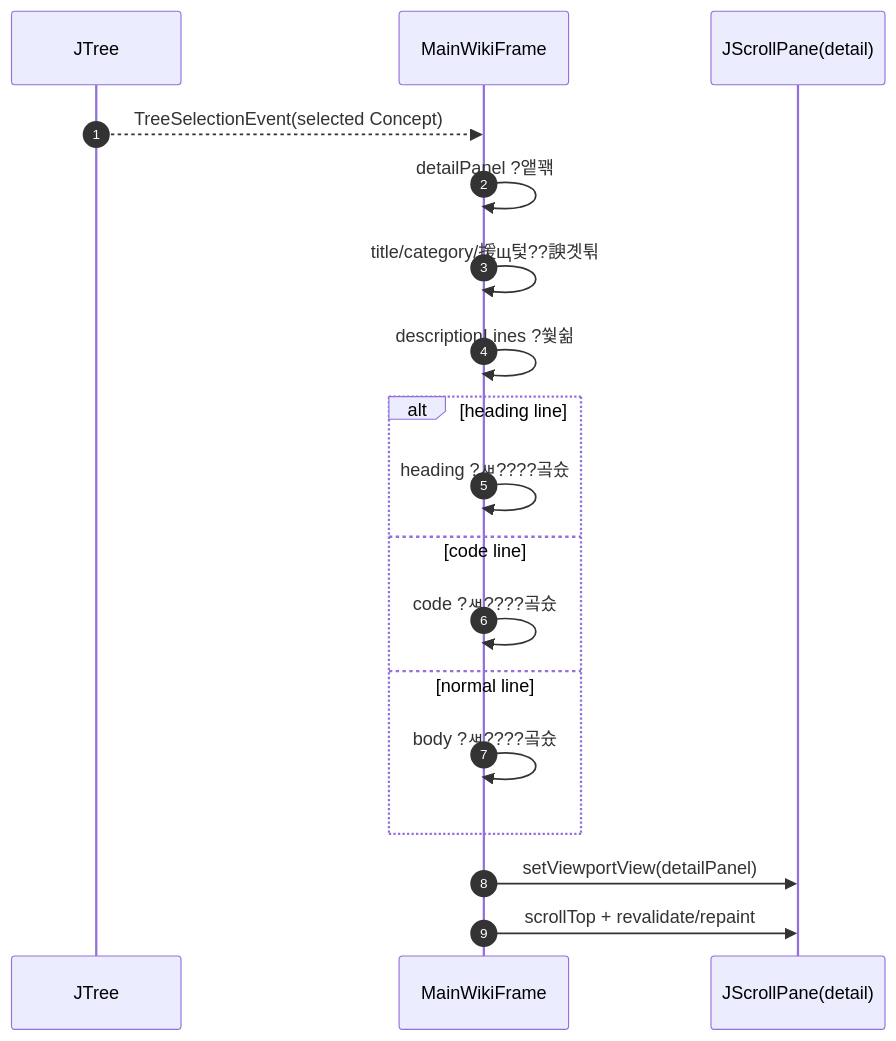
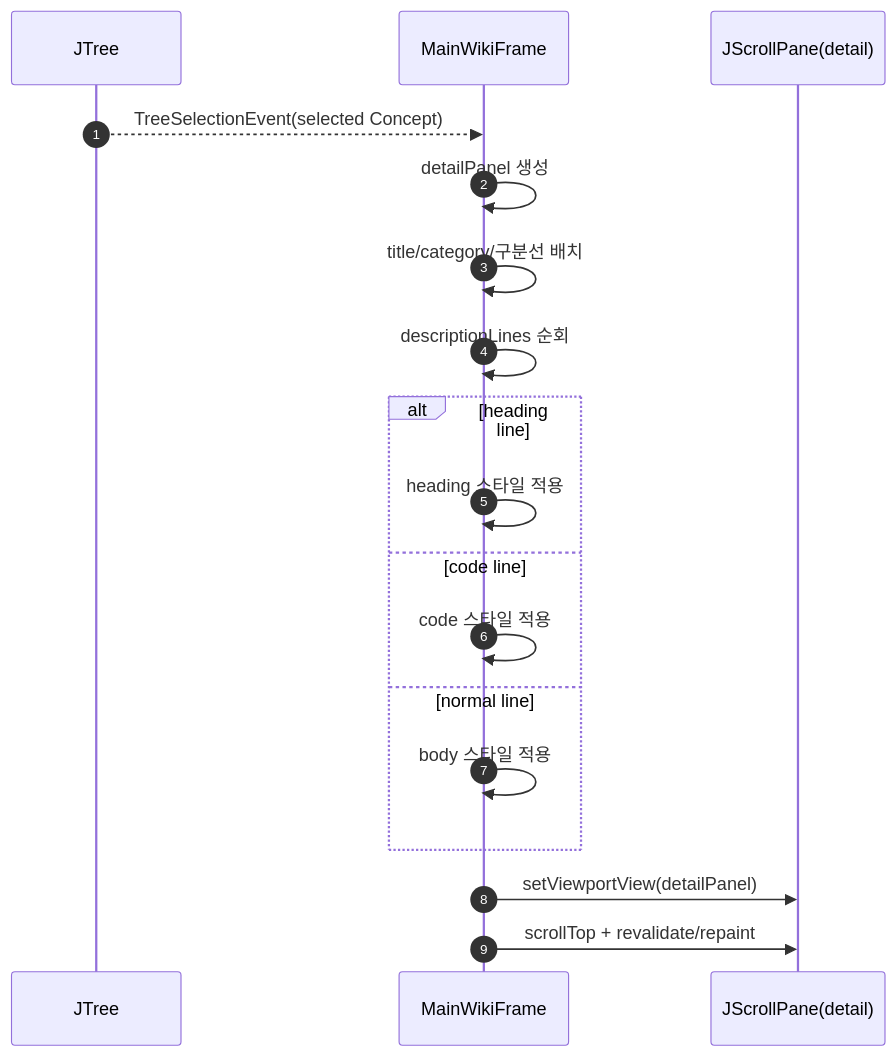
Before and after one commit to jegalhb/JAVA_WIKI_ONLINE: the eighth of 10 diagrams in src/Reproject/README.md, drawn with Mermaid. The commit also changed other lines of this file, not shown here.

````diff
--- a/src/Reproject/README.md
+++ b/src/Reproject/README.md
@@ -225,21 +225,21 @@
 ```mermaid
 sequenceDiagram
     autonumber
     participant T as JTree
     participant MW as MainWikiFrame
     participant SP as JScrollPane(detail)
 
     T-->>MW: TreeSelectionEvent(selected Concept)
-    MW->>MW: detailPanel ?앹꽦
-    MW->>MW: title/category/援щ텇??諛곗튂
-    MW->>MW: descriptionLines ?쒗쉶
+    MW->>MW: detailPanel 생성
+    MW->>MW: title/category/구분선 배치
+    MW->>MW: descriptionLines 순회
     alt heading line
-        MW->>MW: heading ?ㅽ????곸슜
+        MW->>MW: heading 스타일 적용
     else code line
-        MW->>MW: code ?ㅽ????곸슜
+        MW->>MW: code 스타일 적용
     else normal line
-        MW->>MW: body ?ㅽ????곸슜
+        MW->>MW: body 스타일 적용
     end
     MW->>SP: setViewportView(detailPanel)
     MW->>SP: scrollTop + revalidate/repaint
 ```
````
